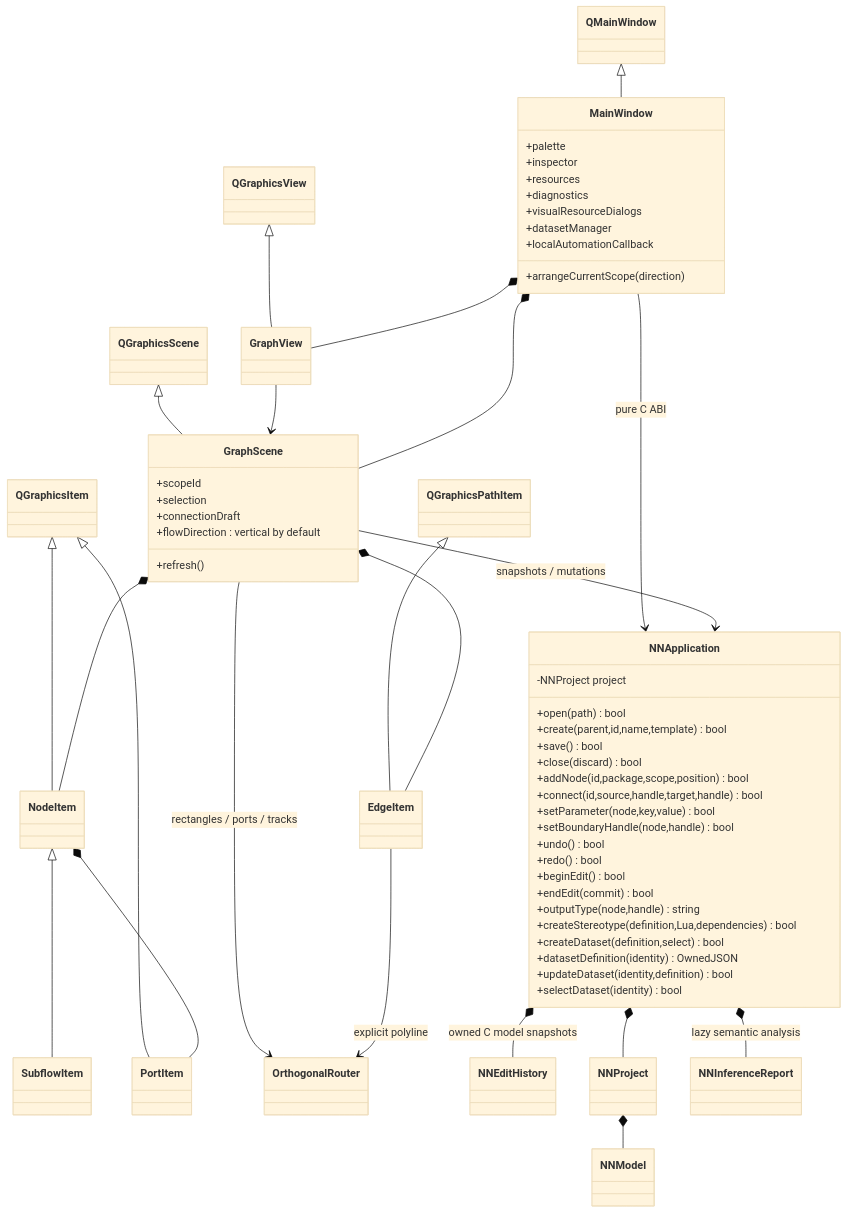
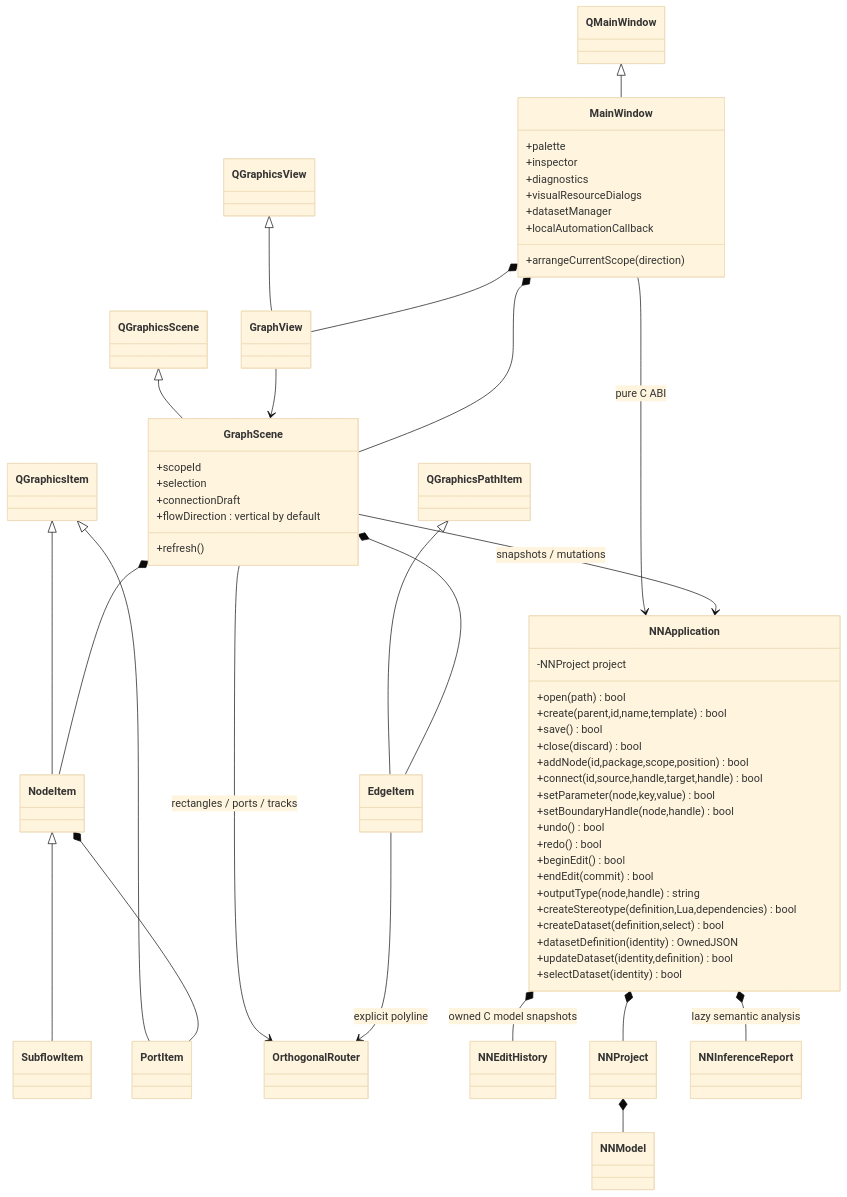
Before and after one commit to LucaSforza/nnmodelling-ui: the diagram in docs/knowledge/uml/editor.md, drawn with Mermaid (base theme). The commit also changed other lines of this file and 8 other files, not shown here.

````diff
--- a/docs/knowledge/uml/editor.md
+++ b/docs/knowledge/uml/editor.md
@@ -21,62 +21,61 @@
 ```mermaid
   classDiagram
       class NNApplication {
         -NNProject project
         +open(path) bool
         +create(parent,id,name,template) bool
         +save() bool
         +close(discard) bool
         +addNode(id,package,scope,position) bool
         +connect(id,source,handle,target,handle) bool
         +setParameter(node,key,value) bool
         +setBoundaryHandle(node,handle) bool
         +undo() bool
         +redo() bool
         +beginEdit() bool
         +endEdit(commit) bool
         +outputType(node,handle) string
         +createStereotype(definition,Lua,dependencies) bool
         +createDataset(definition,select) bool
         +datasetDefinition(identity) OwnedJSON
         +updateDataset(identity,definition) bool
         +selectDataset(identity) bool
       }
       class MainWindow {
         +palette
         +inspector
-        +resources
         +diagnostics
         +visualResourceDialogs
         +datasetManager
         +localAutomationCallback
         +arrangeCurrentScope(direction)
       }
       class GraphScene {
         +scopeId
         +selection
         +connectionDraft
         +flowDirection : vertical by default
         +refresh()
       }
       MainWindow --> NNApplication : pure C ABI
       QMainWindow <|-- MainWindow
       QGraphicsView <|-- GraphView
       QGraphicsScene <|-- GraphScene
       QGraphicsItem <|-- NodeItem
       NodeItem <|-- SubflowItem
       QGraphicsItem <|-- PortItem
       QGraphicsPathItem <|-- EdgeItem
       MainWindow *-- GraphView
       GraphView --> GraphScene
       GraphScene *-- NodeItem
       GraphScene *-- EdgeItem
       GraphScene --> OrthogonalRouter : rectangles / ports / tracks
       EdgeItem --> OrthogonalRouter : explicit polyline
       NodeItem *-- PortItem
       MainWindow *-- GraphScene
       GraphScene --> NNApplication : snapshots / mutations
       NNApplication *-- NNEditHistory : owned C model snapshots
       NNApplication *-- NNProject
       NNProject *-- NNModel
       NNApplication *-- NNInferenceReport : lazy semantic analysis
 ```
````
